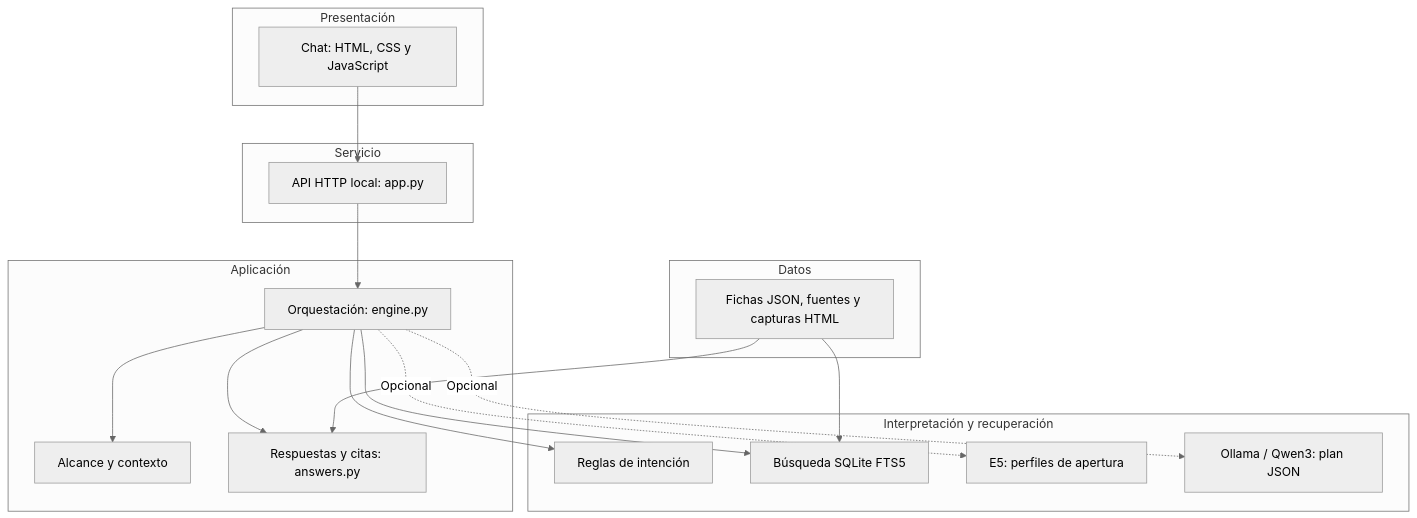
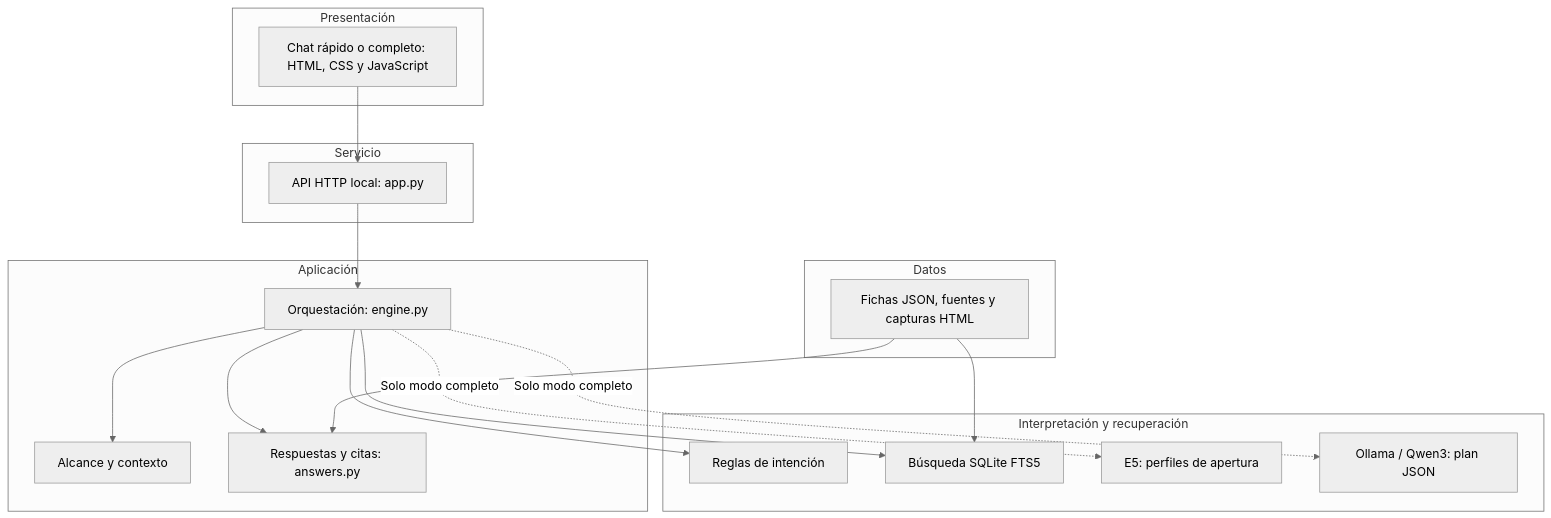
The first of 2 diagrams in README.md (JFRo57/caso_practico_banamex), drawn with Mermaid (neutral theme) before and after one commit. The commit also changed other lines of this file and 18 other files, not shown here.

````diff
--- a/README.md
+++ b/README.md
@@ -53,32 +61,32 @@
 ```mermaid
 flowchart TB
     subgraph L1[Presentación]
-        UI["Chat: HTML, CSS y JavaScript"]
+        UI["Chat rápido o completo: HTML, CSS y JavaScript"]
     end
     subgraph L2[Servicio]
         API["API HTTP local: app.py"]
     end
     subgraph L3[Aplicación]
         ENGINE["Orquestación: engine.py"]
         GUARDS["Alcance y contexto"]
         ANSWERS["Respuestas y citas: answers.py"]
     end
     subgraph L4[Interpretación y recuperación]
         RULES["Reglas de intención"]
         SEARCH["Búsqueda SQLite FTS5"]
         E5["E5: perfiles de apertura"]
         LLM["Ollama / Qwen3: plan JSON"]
     end
     subgraph L5[Datos]
         FACTS["Fichas JSON, fuentes y capturas HTML"]
     end
     UI --> API --> ENGINE
     ENGINE --> GUARDS
     ENGINE --> ANSWERS
     ENGINE --> RULES
     ENGINE --> SEARCH
-    ENGINE -. "Opcional" .-> E5
-    ENGINE -. "Opcional" .-> LLM
+    ENGINE -. "Solo modo completo" .-> E5
+    ENGINE -. "Solo modo completo" .-> LLM
     FACTS --> SEARCH
     FACTS --> ANSWERS
 ```
````
